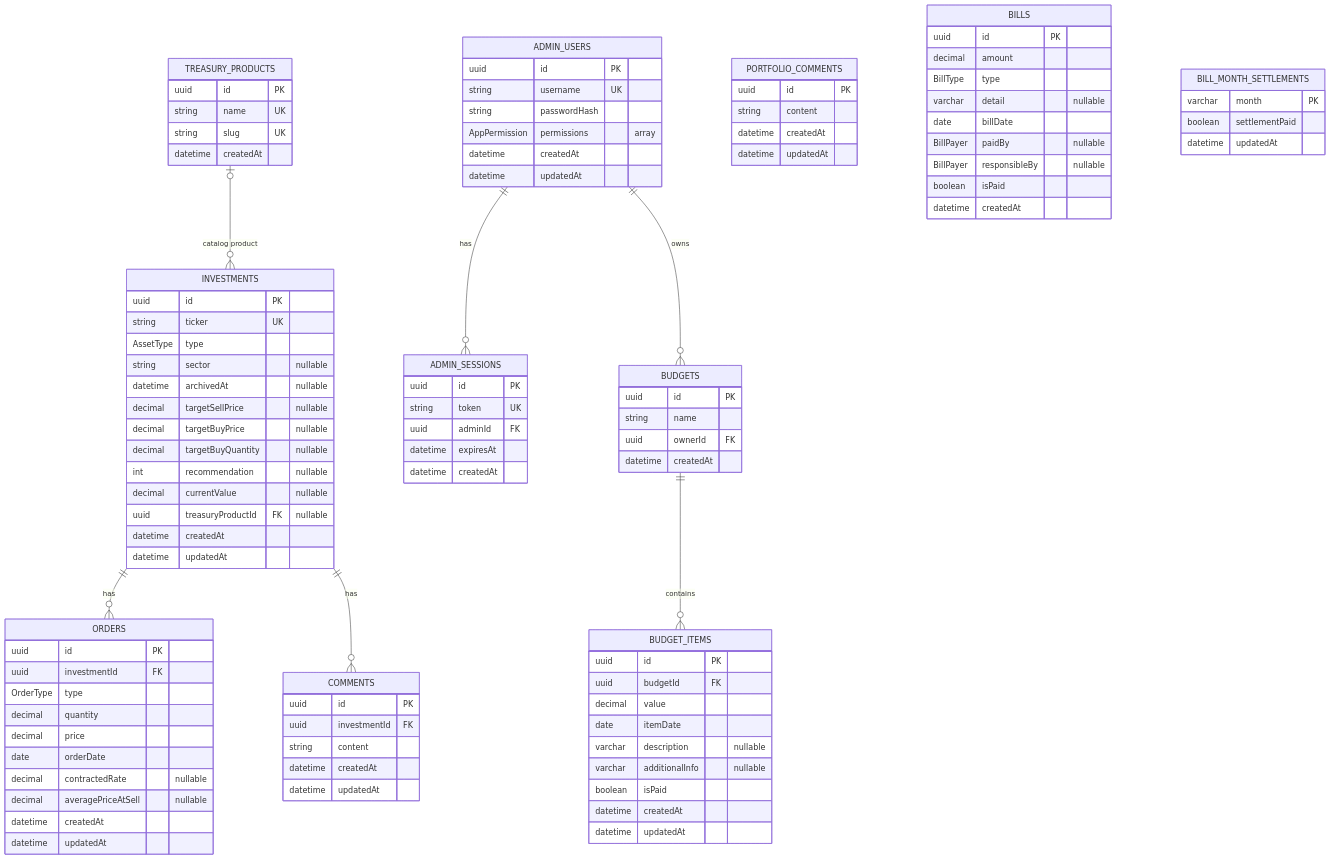
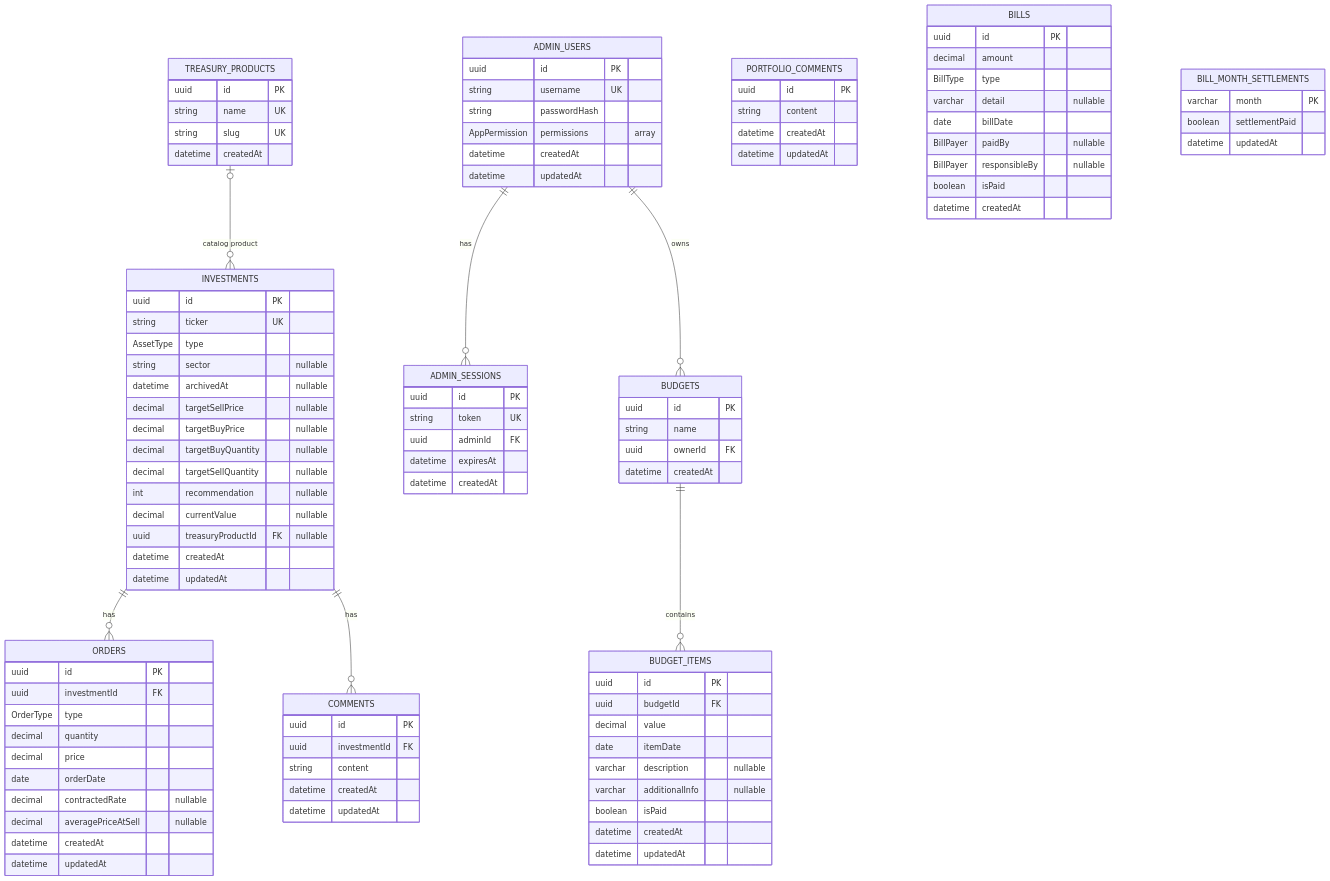
The diagram in DATABASE_SCHEMA.md (henriquesfreitas/finance-manager), drawn with Mermaid before and after one commit. The commit also changed 22 other files, not shown here.

```diff
--- a/DATABASE_SCHEMA.md
+++ b/DATABASE_SCHEMA.md
@@ -28,6 +28,7 @@
         decimal targetSellPrice "nullable"
         decimal targetBuyPrice "nullable"
         decimal targetBuyQuantity "nullable"
+        decimal targetSellQuantity "nullable"
         int recommendation "nullable"
         decimal currentValue "nullable"
         uuid treasuryProductId FK "nullable"
```
